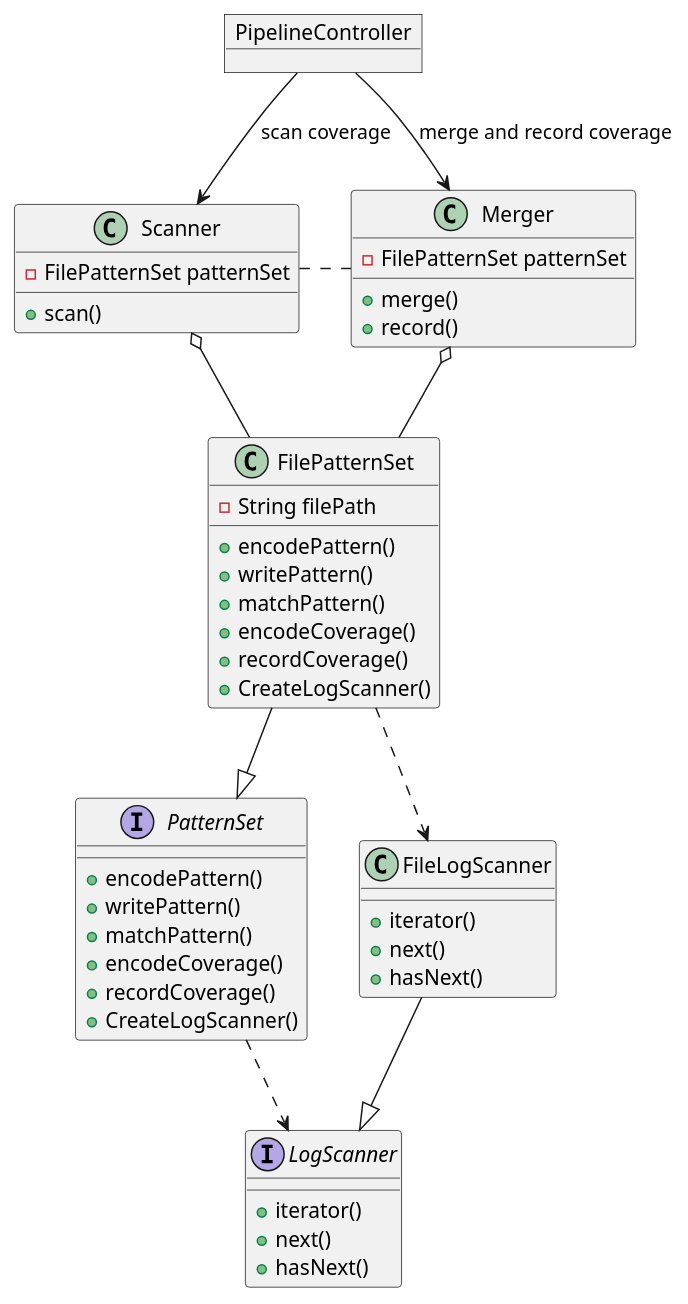
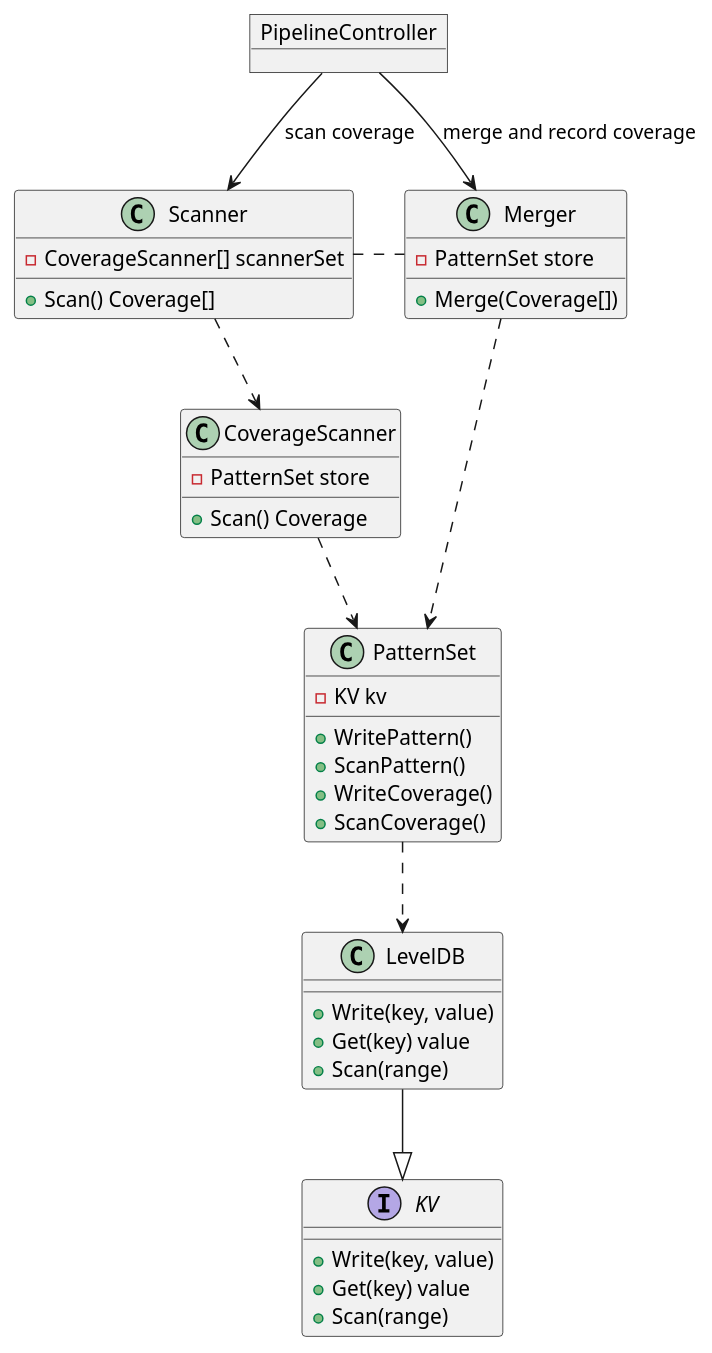
One commit to IANTHEREAL/logutil changed the diagram in logcovuml/logcov-merge.md. Above: the diagram before and after it, drawn with PlantUML. The commit also changed 10 other files, not shown here.

```diff
--- a/logcovuml/logcov-merge.md
+++ b/logcovuml/logcov-merge.md
@@ -1,71 +1,60 @@
 @startuml
 
-interface LogScanner {
-    + iterator()
-    + next()
-    + hasNext()
+interface KV {
+    + Write(key, value)
+    + Get(key) value
+    + Scan(range) 
 }
 
-interface PatternSet {
-    + encodePattern()
-    + writePattern()
-    + matchPattern()
-    + encodeCoverage()
-    + recordCoverage()
-    + CreateLogScanner()
+Class LevelDB {
+    + Write(key, value)
+    + Get(key) value
+    + Scan(range) 
 }
 
-class FilePatternSet {
-    + encodePattern()
-    + writePattern()
-    + matchPattern()
-    + encodeCoverage()
-    + recordCoverage()
-    + CreateLogScanner()
-    - String filePath
+Class PatternSet {
+    - KV kv
+    + WritePattern()
+    + ScanPattern()
+    + WriteCoverage()
+    + ScanCoverage()
 }
 
-class FileLogScanner {
-    + iterator()
-    + next()
-    + hasNext()
+class CoverageScanner {
+    - PatternSet store
+    + Scan() Coverage
 }
 
 class Scanner {
-    + scan()
-    - FilePatternSet patternSet
+    + Scan() Coverage[]
+    - CoverageScanner[] scannerSet
 }
 
 
 class Merger {
-    + merge()
-    + record()
-    - FilePatternSet patternSet
+    + Merge(Coverage[])
+    - PatternSet store
 }
-
 
 object PipelineController
 
-PatternSet ..> LogScanner
-FilePatternSet ..> FileLogScanner
+LevelDB --|> KV
 
-FilePatternSet --|> PatternSet
-FileLogScanner --|> LogScanner
-
-
-Merger o-d- FilePatternSet
-Scanner o-d- FilePatternSet
+PatternSet ..> LevelDB
+CoverageScanner ..> PatternSet
+Scanner ..> CoverageScanner
+Merger  ..> PatternSet
 
 Scanner .r. Merger
 
 PipelineController --> Scanner: scan coverage
 PipelineController --> Merger: merge and record coverage
 
 
 together {
     class Scanner
     class Merger
 }
 
 
 @enduml
```
